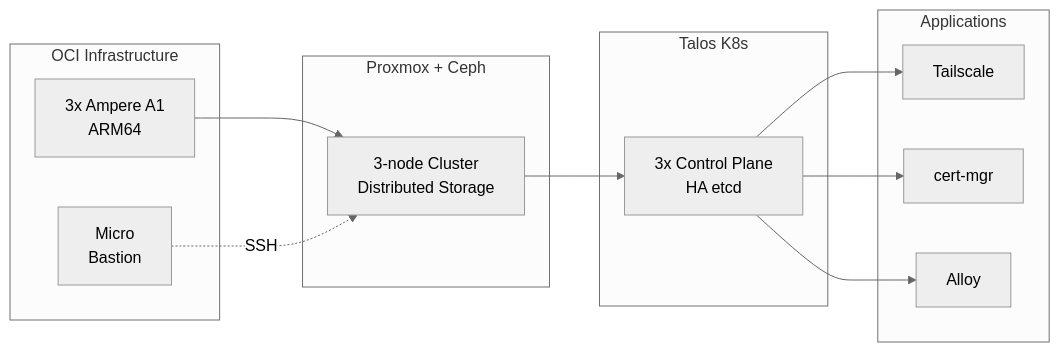
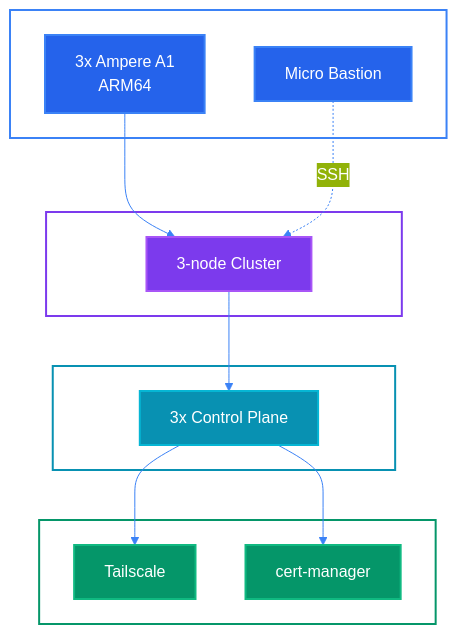
The fifth of 5 diagrams in docs/ARCHITECTURE-DIAGRAMS.md (syscode-labs/oci-free-tier-manager), drawn with Mermaid before and after one commit. The commit also changed other lines of this file and 2 other files, not shown here.

First line of the commit message:
fix: rewrite diagrams with explicit white text styling

````diff
--- a/docs/ARCHITECTURE-DIAGRAMS.md
+++ b/docs/ARCHITECTURE-DIAGRAMS.md
@@ -239,30 +144,38 @@
 ```mermaid
----
-config:
-  theme: neutral
----
-graph LR
+%%{init: {'theme':'base', 'themeVariables': { 'primaryColor':'#0891b2','primaryTextColor':'#fff','primaryBorderColor':'#06b6d4','lineColor':'#3b82f6','textColor':'#fff'}}}%%
+graph TB
     subgraph OCI["OCI Infrastructure"]
         Ampere["3x Ampere A1<br/>ARM64"]
-        Bastion["Micro<br/>Bastion"]
+        Bastion["Micro Bastion"]
     end
     
     subgraph Proxmox["Proxmox + Ceph"]
-        PVE["3-node Cluster<br/>Distributed Storage"]
+        PVE["3-node Cluster"]
     end
     
     subgraph Talos["Talos K8s"]
-        CP["3x Control Plane<br/>HA etcd"]
+        CP["3x Control Plane"]
     end
     
     subgraph Apps["Applications"]
         TS["Tailscale"]
-        CM["cert-mgr"]
-        Alloy["Alloy"]
+        CM["cert-manager"]
     end
     
     Ampere --> PVE
     PVE --> CP
-    CP --> TS & CM & Alloy
+    CP --> TS
+    CP --> CM
     Bastion -.SSH.-> PVE
+    
+    style Ampere fill:#2563eb,stroke:#3b82f6,stroke-width:2px,color:#fff
+    style Bastion fill:#2563eb,stroke:#3b82f6,stroke-width:2px,color:#fff
+    style PVE fill:#7c3aed,stroke:#a855f7,stroke-width:2px,color:#fff
+    style CP fill:#0891b2,stroke:#06b6d4,stroke-width:2px,color:#fff
+    style TS fill:#059669,stroke:#10b981,stroke-width:2px,color:#fff
+    style CM fill:#059669,stroke:#10b981,stroke-width:2px,color:#fff
+    style OCI fill:transparent,stroke:#3b82f6,stroke-width:2px,color:#fff
+    style Proxmox fill:transparent,stroke:#7c3aed,stroke-width:2px,color:#fff
+    style Talos fill:transparent,stroke:#0891b2,stroke-width:2px,color:#fff
+    style Apps fill:transparent,stroke:#059669,stroke-width:2px,color:#fff
 ```
````
